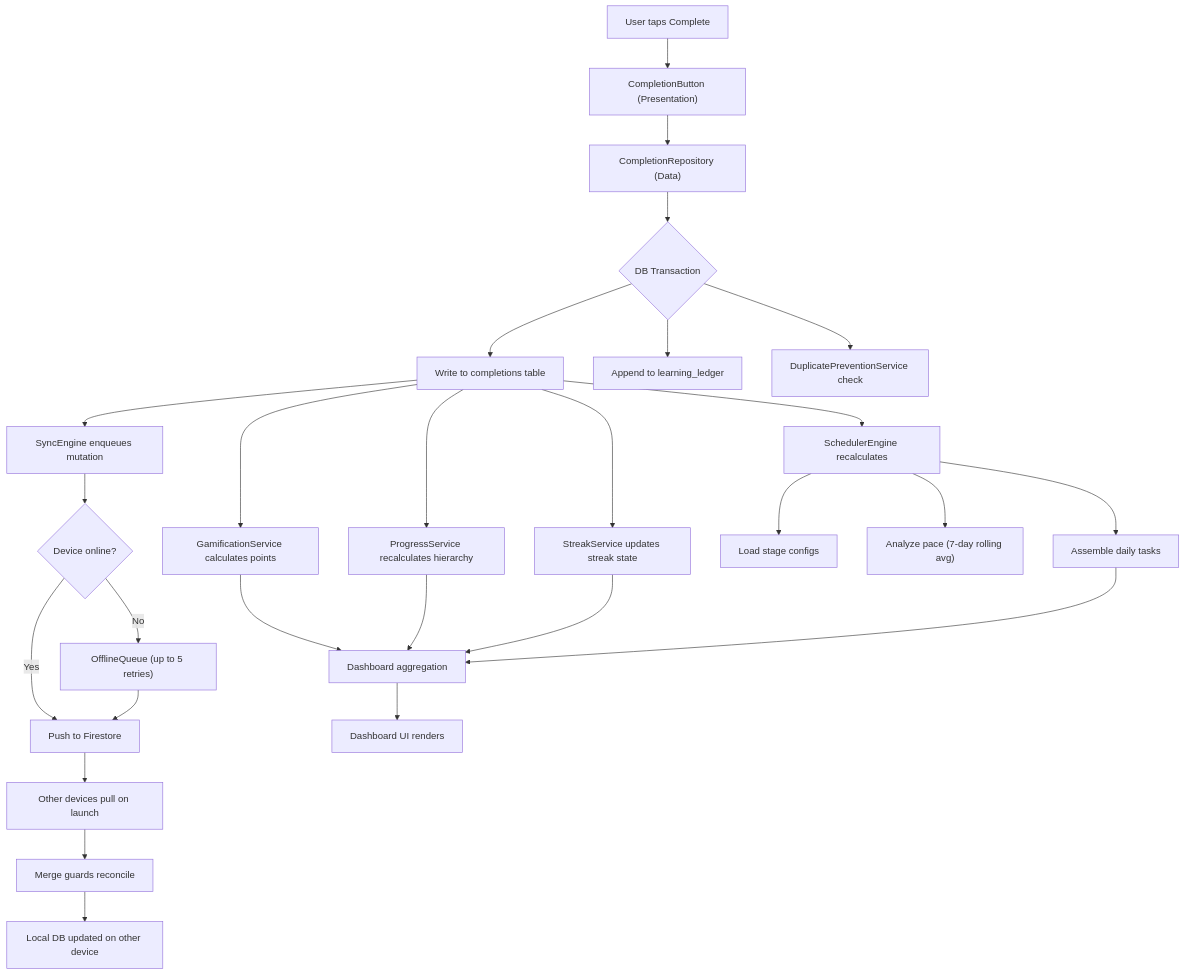
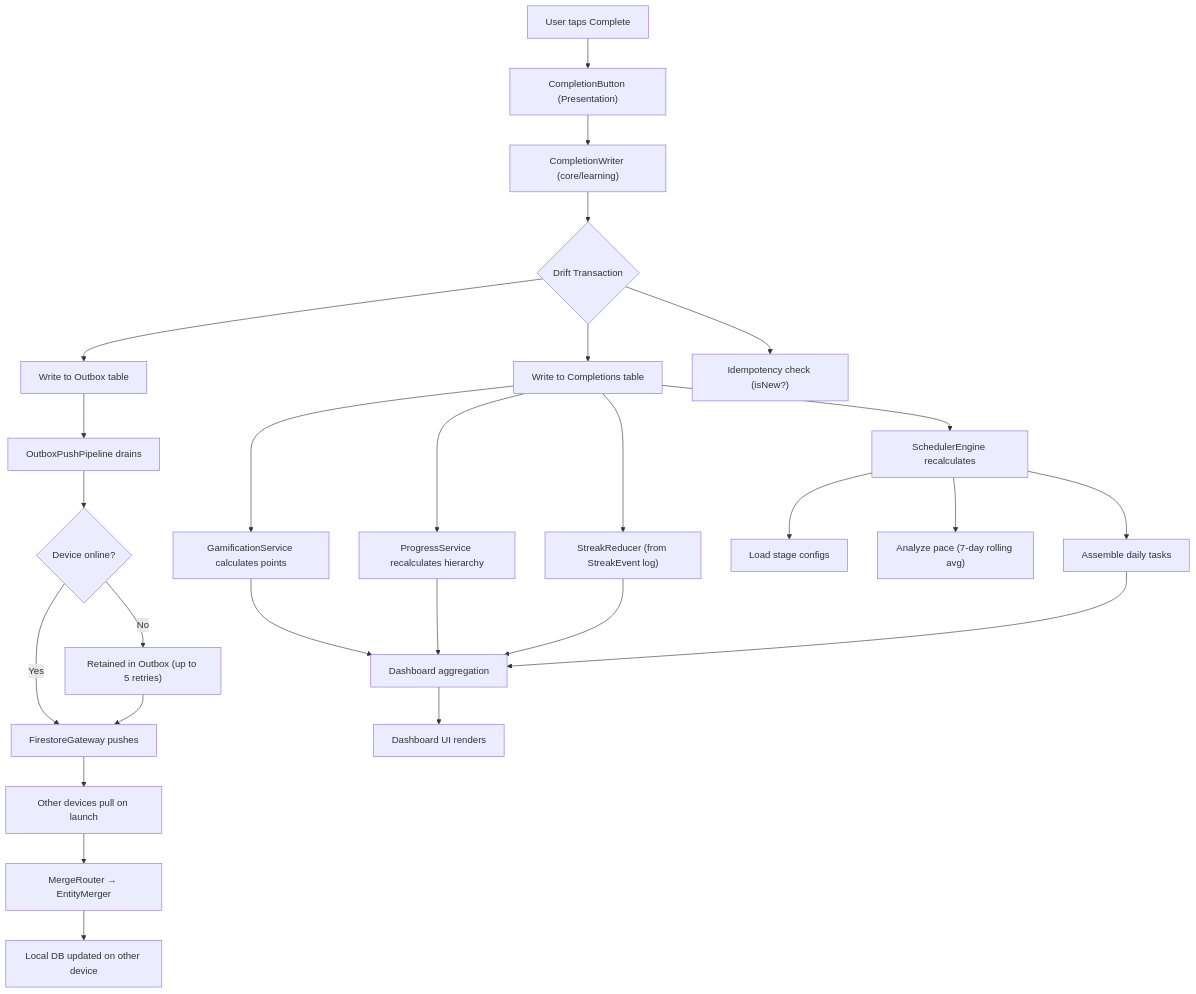
One commit to dniasoff/learning-tracker changed the third of 4 diagrams in docs/architecture.md. Above: the diagram before and after it, drawn with Mermaid. The commit also changed other lines of this file and 2 other files, not shown here.

Commit message:
docs(DNI-391): rewrite architecture.md to match rebuild reality + gen_arch_tables tool (27.15)

````diff
--- a/docs/architecture.md
+++ b/docs/architecture.md
@@ -255,35 +301,35 @@
 ```mermaid
 flowchart TD
     A["User taps Complete"] --> B["CompletionButton (Presentation)"]
-    B --> C["CompletionRepository (Data)"]
-    C --> D{"DB Transaction"}
-    D --> E["Write to completions table"]
-    D --> F["Append to learning_ledger"]
-    D --> G["DuplicatePreventionService check"]
+    B --> C["CompletionWriter (core/learning)"]
+    C --> D{"Drift Transaction"}
+    D --> E["Write to Completions table"]
+    D --> F["Write to Outbox table"]
+    D --> G["Idempotency check (isNew?)"]
 
     E --> H["GamificationService calculates points"]
     E --> I["ProgressService recalculates hierarchy"]
-    E --> J["StreakService updates streak state"]
+    E --> J["StreakReducer (from StreakEvent log)"]
 
     H --> K["Dashboard aggregation"]
     I --> K
     J --> K
 
-    E --> L["SyncEngine enqueues mutation"]
+    F --> L["OutboxPushPipeline drains"]
     L --> M{"Device online?"}
-    M -- Yes --> N["Push to Firestore"]
-    M -- No --> O["OfflineQueue (up to 5 retries)"]
+    M -- Yes --> N["FirestoreGateway pushes"]
+    M -- No --> O["Retained in Outbox (up to 5 retries)"]
     O --> N
 
     E --> P["SchedulerEngine recalculates"]
     P --> Q["Load stage configs"]
     P --> R["Analyze pace (7-day rolling avg)"]
     P --> S["Assemble daily tasks"]
     S --> K
 
     K --> T["Dashboard UI renders"]
 
     N --> U["Other devices pull on launch"]
-    U --> V["Merge guards reconcile"]
+    U --> V["MergeRouter → EntityMerger"]
     V --> W["Local DB updated on other device"]
 ```
````
